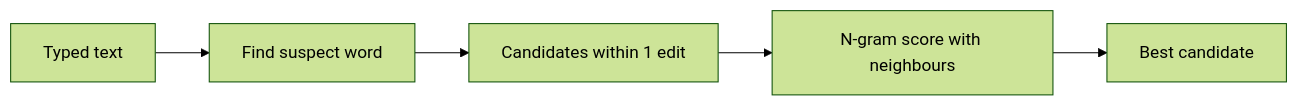
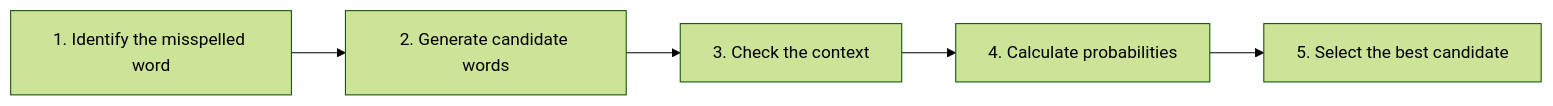
One commit to TrendySloth1001/sem-seven-notes changed the diagram in content/natural-language-processing/pyq/2023-05-ce/q1b.mdx. Above: the diagram before and after it, drawn with Mermaid (forest theme). The commit also changed other lines of this file and 406 other files, not shown here.

````diff
--- a/content/natural-language-processing/pyq/2023-05-ce/q1b.mdx
+++ b/content/natural-language-processing/pyq/2023-05-ce/q1b.mdx
@@ -20,8 +7,8 @@
 ```mermaid
-%% caption: Spelling correction with an N-gram model. Candidates are scored by how well they fit the neighbouring words.
+%% caption: The five steps of spelling correction with a bigram model.
 flowchart LR
-  A["Typed text"] --> B["Find suspect word"]
-  B --> C["Candidates within 1 edit"]
-  C --> D["N-gram score with neighbours"]
-  D --> E["Best candidate"]
+  A["1. Identify the misspelled word"] --> B["2. Generate candidate words"]
+  B --> C["3. Check the context"]
+  C --> D["4. Calculate probabilities"]
+  D --> E["5. Select the best candidate"]
 ```
````
